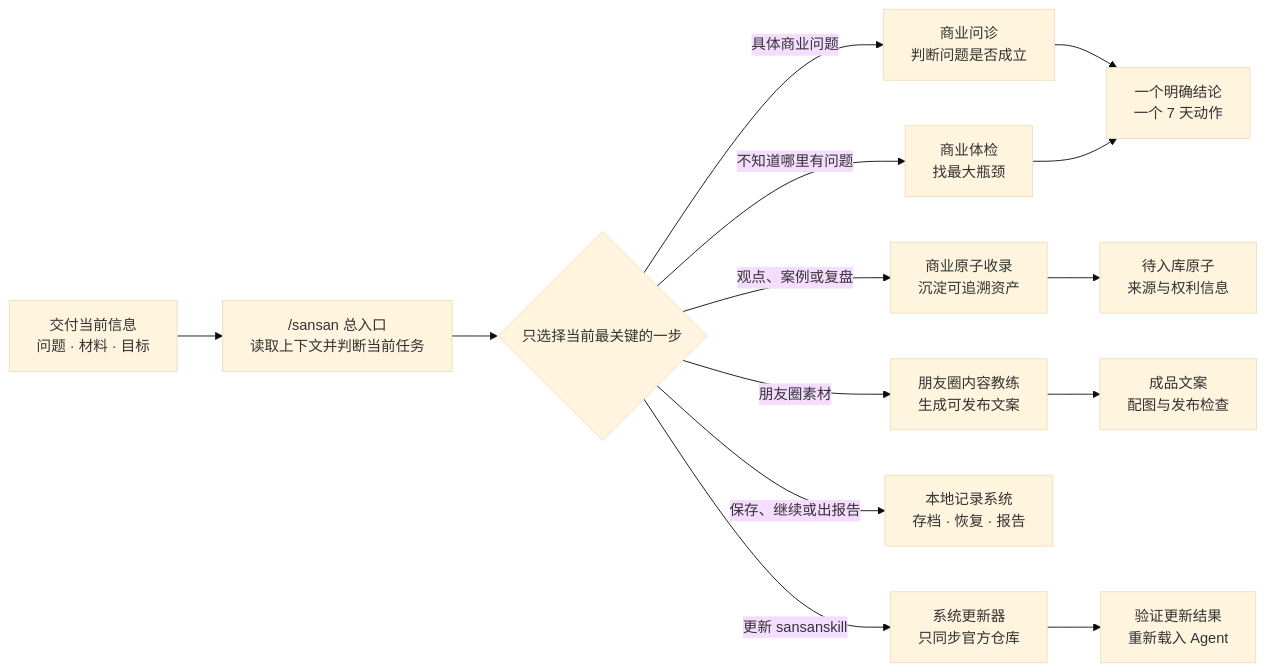
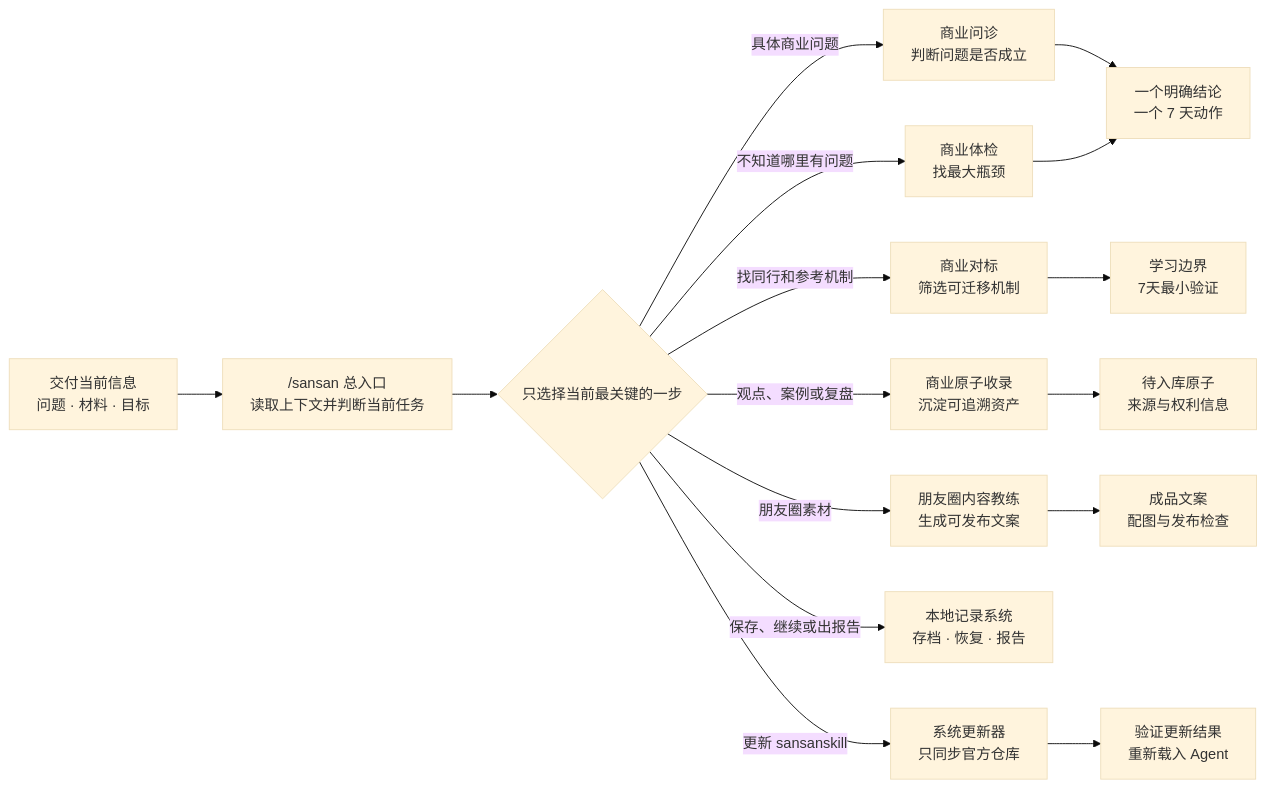
The diagram in README.md (sansan19900801/sansanskill), drawn with Mermaid (base theme) before and after one commit. The commit also changed other lines of this file and 13 other files, not shown here.

````diff
--- a/README.md
+++ b/README.md
@@ -19,16 +19,18 @@
 ```mermaid
 flowchart LR
     A["交付当前信息<br/>问题 · 材料 · 目标"] --> B["/sansan 总入口<br/>读取上下文并判断当前任务"]
     B --> C{"只选择当前最关键的一步"}
     C -->|具体商业问题| D["商业问诊<br/>判断问题是否成立"]
     C -->|不知道哪里有问题| E["商业体检<br/>找最大瓶颈"]
+    C -->|找同行和参考机制| N["商业对标<br/>筛选可迁移机制"]
     C -->|观点、案例或复盘| F["商业原子收录<br/>沉淀可追溯资产"]
     C -->|朋友圈素材| G["朋友圈内容教练<br/>生成可发布文案"]
     C -->|保存、继续或出报告| M["本地记录系统<br/>存档 · 恢复 · 报告"]
     C -->|更新 sansanskill| K["系统更新器<br/>只同步官方仓库"]
     D --> H["一个明确结论<br/>一个 7 天动作"]
     E --> H
+    N --> O["学习边界<br/>7天最小验证"]
     F --> I["待入库原子<br/>来源与权利信息"]
     G --> J["成品文案<br/>配图与发布检查"]
     K --> L["验证更新结果<br/>重新载入 Agent"]
 ```
````
